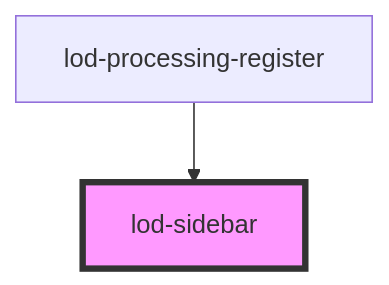
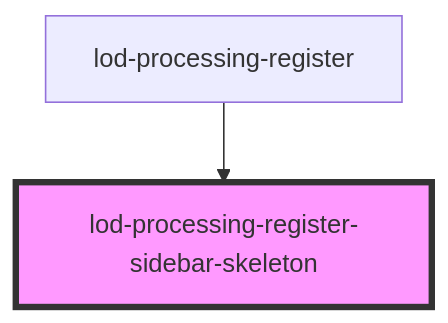
The diagram in src/components/lod-processing-register/readme.md (StadGent/js_widget-lod), drawn with Mermaid before and after one commit. The commit also changed 6 other files, not shown here.

Commit message:
Add skeleton loader for sidebar

````diff
--- a/src/components/lod-processing-register/readme.md
+++ b/src/components/lod-processing-register/readme.md
@@ -15,5 +15,5 @@
 ```mermaid
 graph TD;
-  lod-processing-register --> lod-sidebar
-  style lod-sidebar fill:#f9f,stroke:#333,stroke-width:4px
+  lod-processing-register --> lod-processing-register-sidebar-skeleton
+  style lod-processing-register-sidebar-skeleton fill:#f9f,stroke:#333,stroke-width:4px
 ```
````
